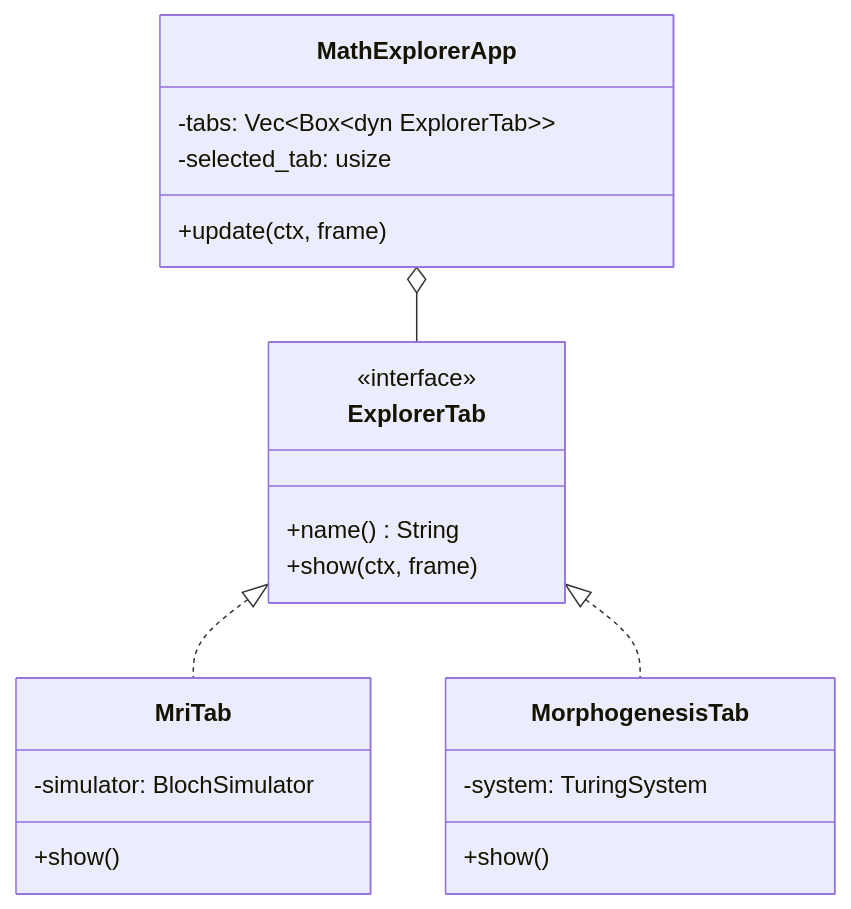
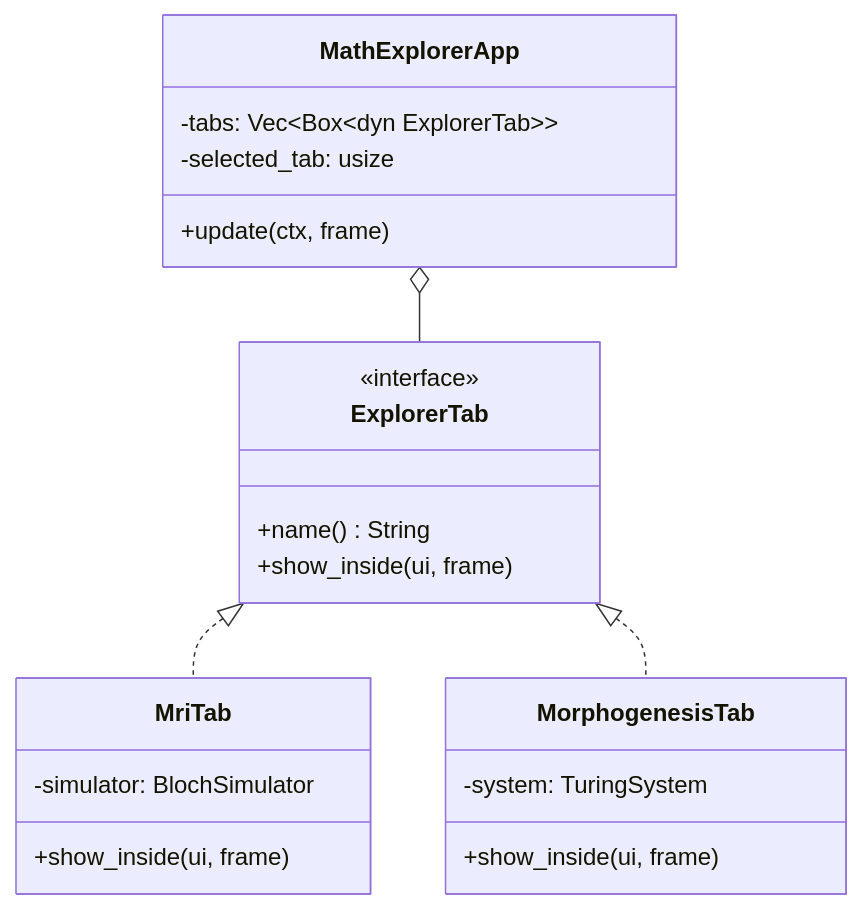
Before and after one commit to fderuiter/OxidizeMath: the diagram in math_explorer_gui/README.md, drawn with Mermaid. The commit also changed other lines of this file and 22 other files, not shown here.

````diff
--- a/math_explorer_gui/README.md
+++ b/math_explorer_gui/README.md
@@ -45,28 +45,28 @@
 ```mermaid
 classDiagram
     class MathExplorerApp {
         -tabs: Vec~Box~dyn ExplorerTab~~
         -selected_tab: usize
         +update(ctx, frame)
     }
 
     class ExplorerTab {
         <<interface>>
         +name() String
-        +show(ctx, frame)
+        +show_inside(ui, frame)
     }
 
     class MriTab {
         -simulator: BlochSimulator
-        +show()
+        +show_inside(ui, frame)
     }
 
     class MorphogenesisTab {
         -system: TuringSystem
-        +show()
+        +show_inside(ui, frame)
     }
 
     MathExplorerApp o-- ExplorerTab
     ExplorerTab <|.. MriTab
     ExplorerTab <|.. MorphogenesisTab
 ```
````
